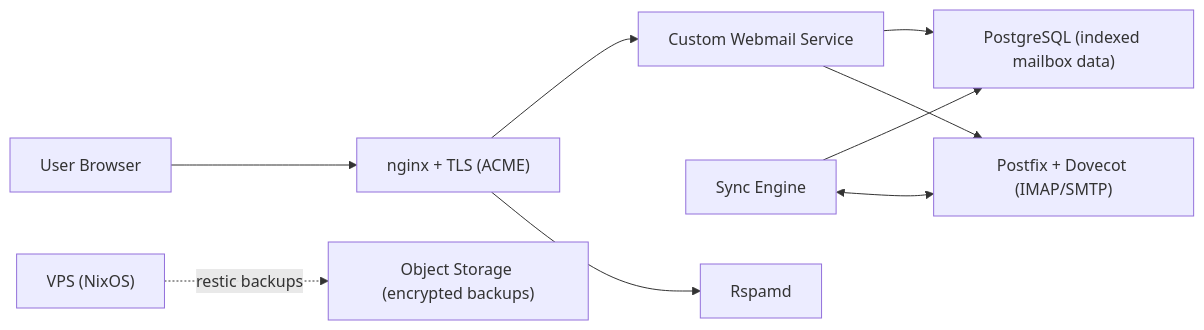
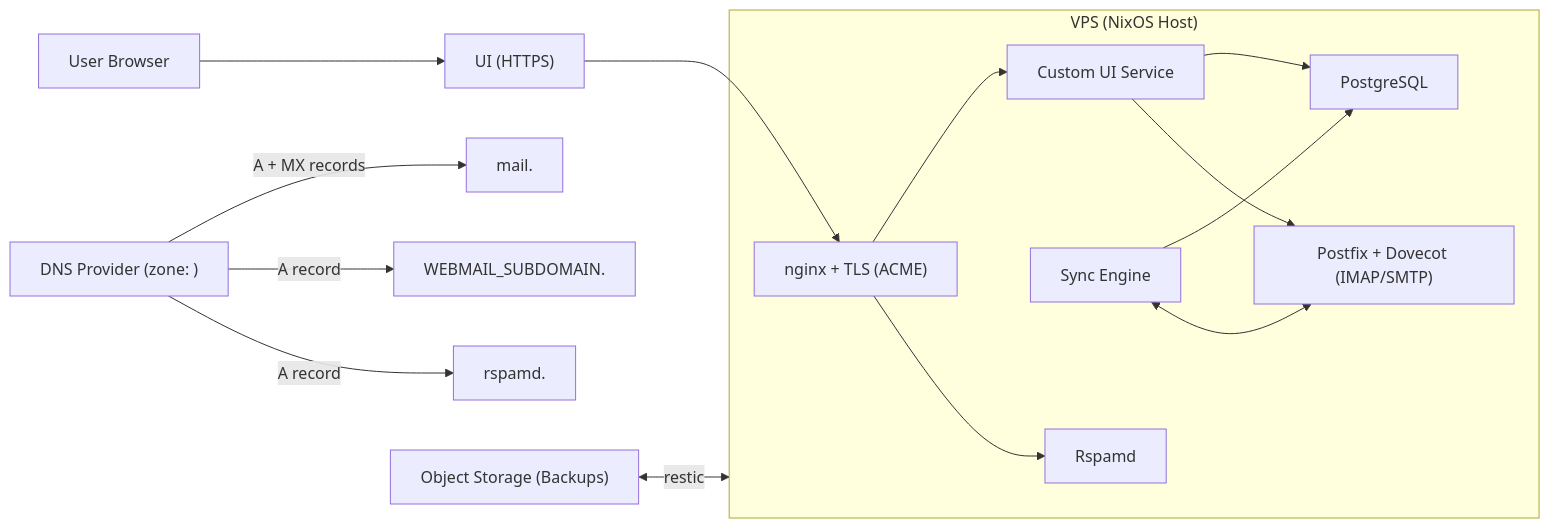
The diagram in docs/src/content/docs/architecture/overview.mdx (RuiFaria81/homerow), drawn with Mermaid before and after one commit. The commit also changed other lines of this file and 5 other files, not shown here.

Commit message:
docs: add mermaid integration and architecture diagram

````diff
--- a/docs/src/content/docs/architecture/overview.mdx
+++ b/docs/src/content/docs/architecture/overview.mdx
@@ -18,11 +18,25 @@
 ```mermaid
 flowchart LR
-  U["User Browser"] --> NG["nginx + TLS (ACME)"]
-  NG --> WM["Custom Webmail Service"]
-  WM --> PG["PostgreSQL (indexed mailbox data)"]
-  SE["Sync Engine"] --> PG
-  SE <--> IMAP["Postfix + Dovecot (IMAP/SMTP)"]
-  WM --> IMAP
-  NG --> RSPAMD["Rspamd"]
-  VPS["VPS (NixOS)"] -. "restic backups" .-> S3["Object Storage (encrypted backups)"]
+  U["User Browser"] --> W["UI (HTTPS)"]
+  DNS["DNS Provider (zone: <domain>)"] -- "A + MX records" --> M["mail.<domain>"]
+  DNS -- "A record" --> WM["WEBMAIL_SUBDOMAIN.<domain>"]
+  DNS -- "A record" --> R["rspamd.<domain>"]
+
+  subgraph VPS["VPS (NixOS Host)"]
+    NG["nginx + TLS (ACME)"]
+    WMAPP["Custom UI Service"]
+    SYNC["Sync Engine"]
+    PG["PostgreSQL"]
+    IMAPSMTP["Postfix + Dovecot (IMAP/SMTP)"]
+    RSPAMD["Rspamd"]
+  end
+
+  W --> NG --> WMAPP
+  WMAPP --> PG
+  SYNC --> PG
+  SYNC <--> IMAPSMTP
+  WMAPP --> IMAPSMTP
+  NG --> RSPAMD
+
+  B["Object Storage (Backups)"] <-- "restic" --> VPS
 ```
````
